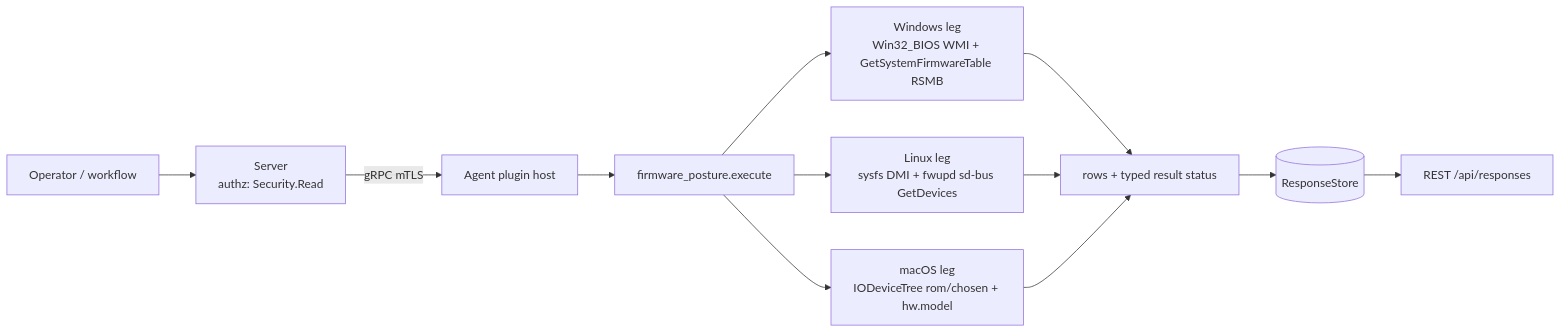
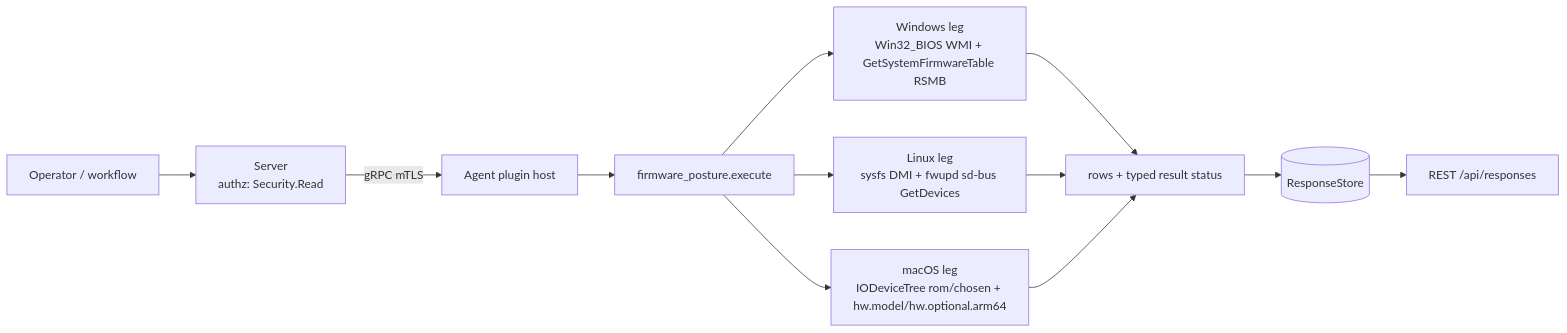
Before and after one commit to DevNullLtd/Yuzu: the diagram in agents/plugins/firmware_posture/README.md, drawn with Mermaid. The commit also changed other lines of this file and 13 other files, not shown here.

Commit message:
gate-fix: adversarial review r1 (enumeration success codes other than S_OK fail the query, /proc/mounts read failure reports UNREADABLE, macOS descriptor names hw.optional.arm64 with regenerated capability row and docs, PATH-walk residual disclosed)

````diff
--- a/agents/plugins/firmware_posture/README.md
+++ b/agents/plugins/firmware_posture/README.md
@@ -27,9 +27,9 @@
 ```mermaid
 flowchart LR
   OP[Operator / workflow] --> SRV[Server<br/>authz: Security.Read]
   SRV -- gRPC mTLS --> HOST[Agent plugin host] --> EX[firmware_posture.execute]
   EX --> WIN[Windows leg<br/>Win32_BIOS WMI + GetSystemFirmwareTable RSMB]
   EX --> LIN[Linux leg<br/>sysfs DMI + fwupd sd-bus GetDevices]
-  EX --> MAC[macOS leg<br/>IODeviceTree rom/chosen + hw.model]
+  EX --> MAC[macOS leg<br/>IODeviceTree rom/chosen + hw.model/hw.optional.arm64]
   WIN & LIN & MAC --> ROWS[rows + typed result status] --> RS[(ResponseStore)] --> API[REST /api/responses]
 ```
````
